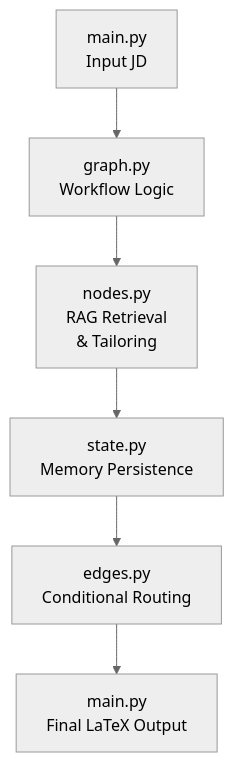
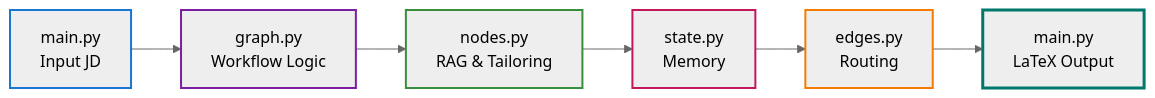
Before and after one commit to Kaviya242709/Resume-Builder-: the first of 2 diagrams in README.md, drawn with Mermaid (neutral theme). The commit also changed other lines of this file, not shown here.

````diff
--- a/README.md
+++ b/README.md
@@ -13,8 +13,15 @@
 ```mermaid
-graph TD
+graph LR
     A["main.py<br/>Input JD"] --> B["graph.py<br/>Workflow Logic"]
-    B --> C["nodes.py<br/>RAG Retrieval<br/>& Tailoring"]
-    C --> D["state.py<br/>Memory Persistence"]
-    D --> E["edges.py<br/>Conditional Routing"]
-    E --> F["main.py<br/>Final LaTeX Output"]
+    B --> C["nodes.py<br/>RAG & Tailoring"]
+    C --> D["state.py<br/>Memory"]
+    D --> E["edges.py<br/>Routing"]
+    E --> F["main.py<br/>LaTeX Output"]
+    
+    style A stroke:#1976d2,stroke-width:2px
+    style B stroke:#7b1fa2,stroke-width:2px
+    style C stroke:#388e3c,stroke-width:2px
+    style D stroke:#c2185b,stroke-width:2px
+    style E stroke:#f57c00,stroke-width:2px
+    style F stroke:#00796b,stroke-width:3px
 ```    
````
